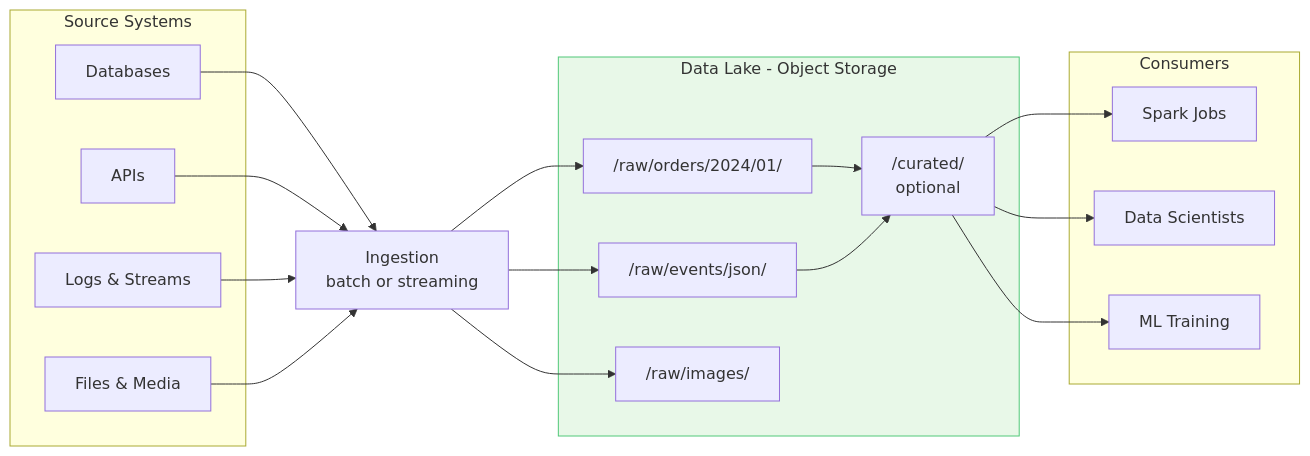
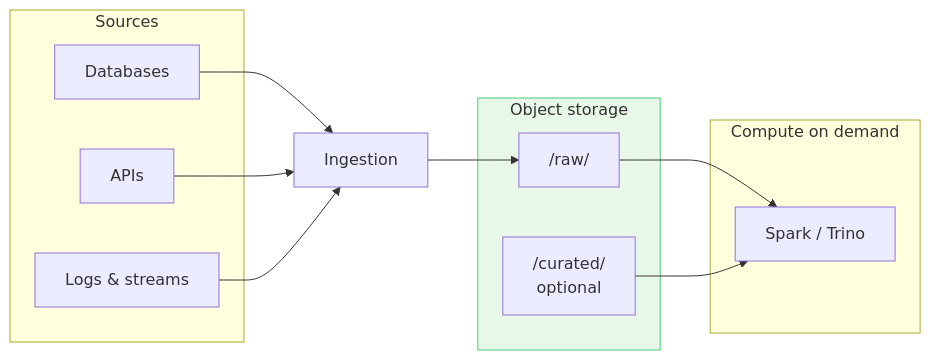
The second of 5 diagrams in data-architecture/data-lake.md (adnanrahin/adnanrahin.github.io), drawn with Mermaid before and after one commit. The commit also changed other lines of this file and 5 other files, not shown here.

````diff
--- a/data-architecture/data-lake.md
+++ b/data-architecture/data-lake.md
@@ -37,39 +53,28 @@
 ```mermaid
 flowchart LR
-    subgraph Sources["Source Systems"]
+    subgraph Sources["Sources"]
         DB["Databases"]
         API["APIs"]
-        LOG["Logs & Streams"]
-        FILES["Files & Media"]
+        LOG["Logs & streams"]
     end
 
-    ING["Ingestion<br/>batch or streaming"]
+    ING["Ingestion"]
 
-    subgraph Lake["Data Lake - Object Storage"]
-        RAW["/raw/orders/2024/01/"]
-        EVENTS["/raw/events/json/"]
-        IMG["/raw/images/"]
+    subgraph Lake["Object storage"]
+        RAW["/raw/"]
         CUR["/curated/<br/>optional"]
-        RAW --> CUR
-        EVENTS --> CUR
     end
 
-    subgraph Consumers["Consumers"]
-        SPARK["Spark Jobs"]
-        DS["Data Scientists"]
-        ML["ML Training"]
+    subgraph Compute["Compute on demand"]
+        SPARK["Spark / Trino"]
     end
 
     DB --> ING
     API --> ING
     LOG --> ING
-    FILES --> ING
     ING --> RAW
-    ING --> EVENTS
-    ING --> IMG
+    RAW --> SPARK
     CUR --> SPARK
-    CUR --> DS
-    CUR --> ML
 
     style Lake fill:#E8F8E8,stroke:#50C878
 ```
````
